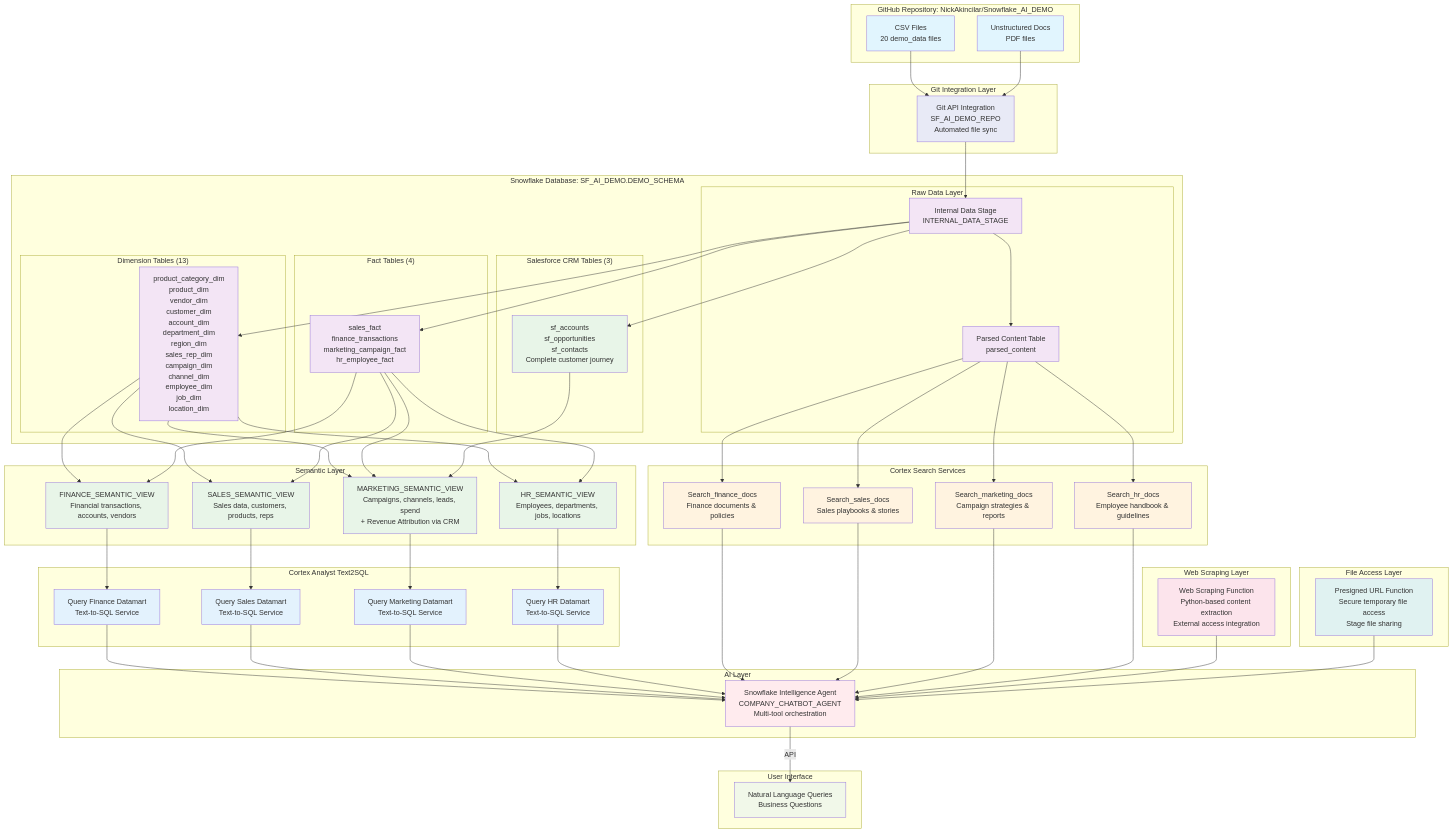
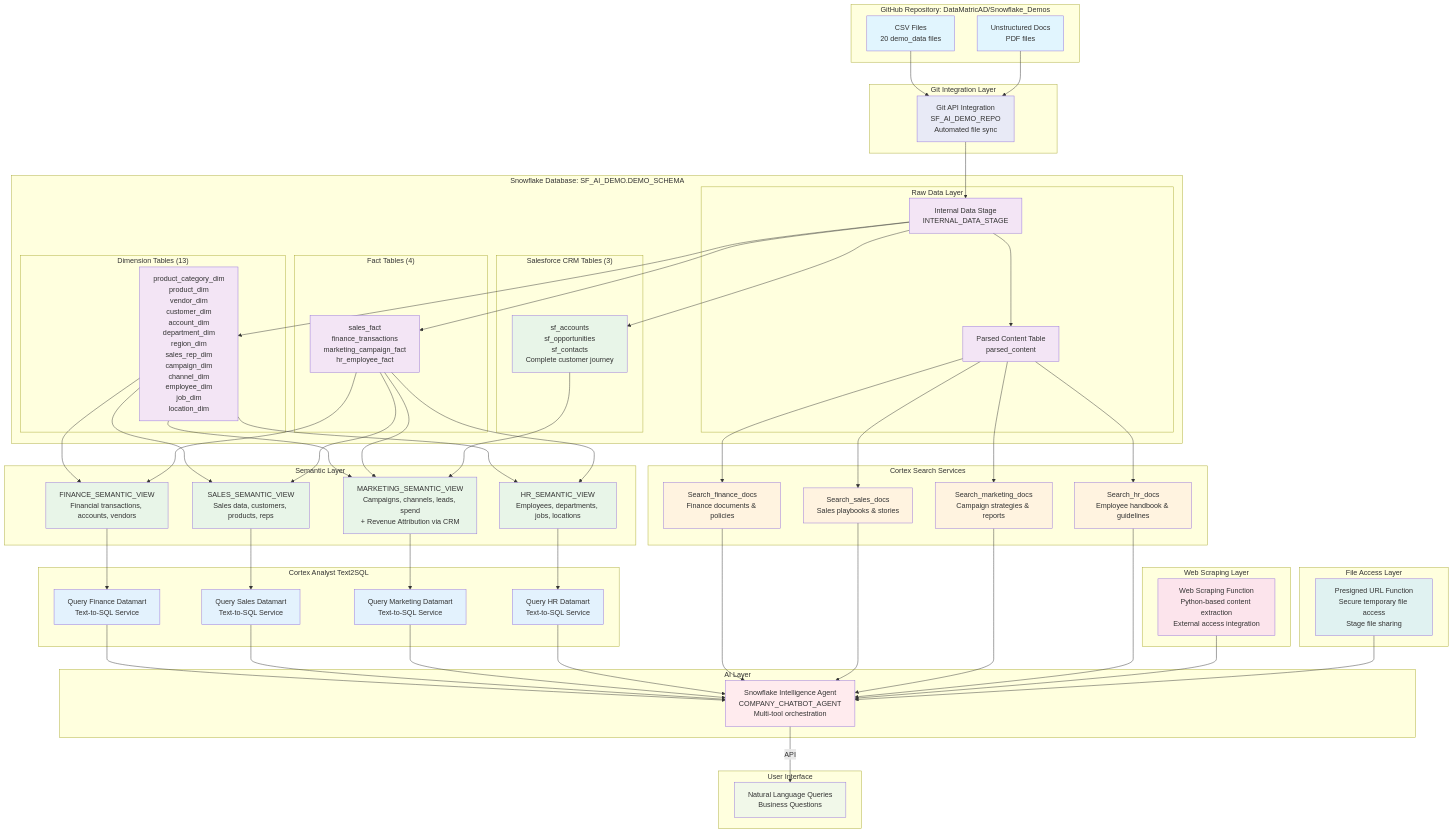
One commit to DataMatricAD/Snowflake_Demos changed the diagram in 16_Snowflake_AI_Demo/README.md. Above: the diagram before and after it, drawn with Mermaid. The commit also changed other lines of this file and 1 other file, not shown here.

Commit message:
Snowflake Demo DataEngineering and AI V 1 1

````diff
--- a/16_Snowflake_AI_Demo/README.md
+++ b/16_Snowflake_AI_Demo/README.md
@@ -65,6 +65,6 @@
 ```mermaid
 graph TD
-    subgraph "GitHub Repository: NickAkincilar/Snowflake_AI_DEMO"
+    subgraph "GitHub Repository: DataMatricAD/Snowflake_Demos"
         B[CSV Files<br/>20 demo_data files]
         C[Unstructured Docs<br/>PDF files]
     end
````
